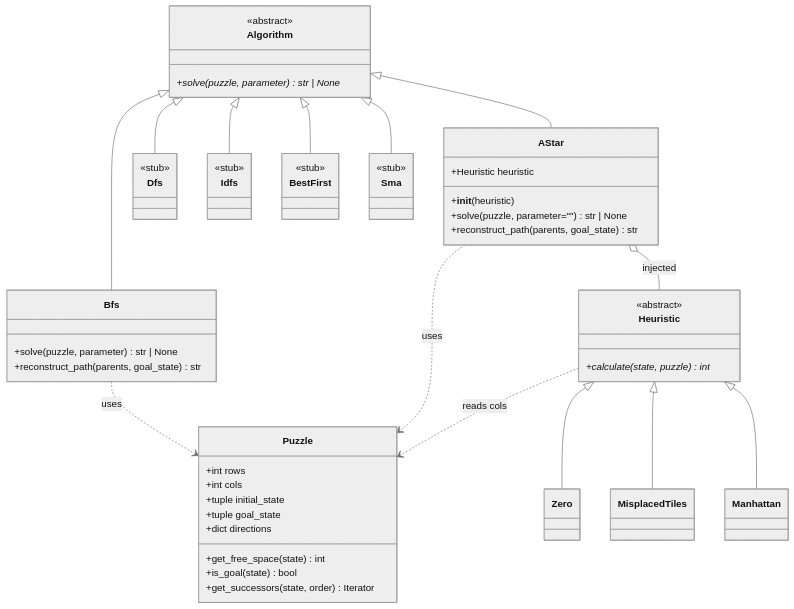
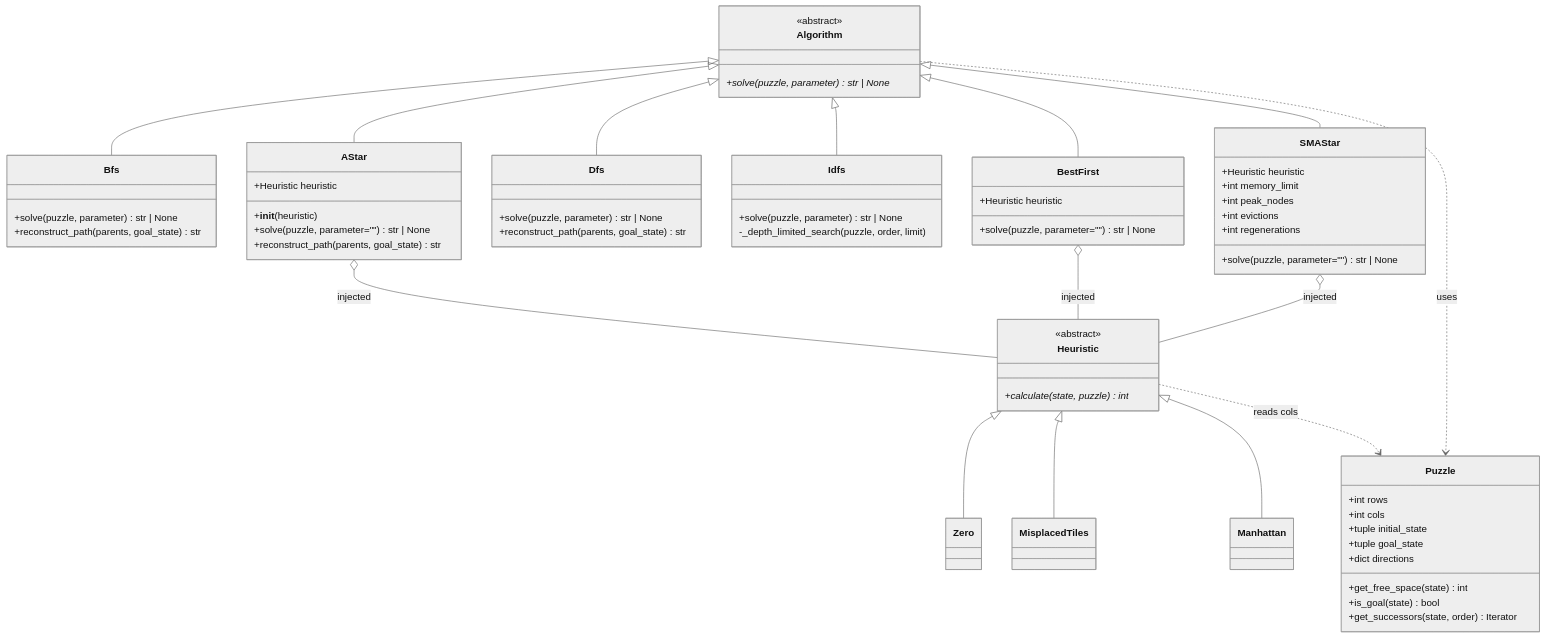
The second of 3 diagrams in docs/architecture.md (Krecikkko/4_1_TUL_ArtificialIntelligence-ExpertSystems), drawn with Mermaid (neutral theme) before and after one commit. The commit also changed other lines of this file and 69 other files, not shown here.

````diff
--- a/docs/architecture.md
+++ b/docs/architecture.md
@@ -105,59 +124,79 @@
 ```mermaid
 classDiagram
     class Puzzle {
         +int rows
         +int cols
         +tuple initial_state
         +tuple goal_state
         +dict directions
         +get_free_space(state) int
         +is_goal(state) bool
         +get_successors(state, order) Iterator
     }
 
     class Algorithm {
         <<abstract>>
         +solve(puzzle, parameter)* str | None
     }
 
     class Bfs {
         +solve(puzzle, parameter) str | None
         +reconstruct_path(parents, goal_state) str
     }
 
+    class Dfs {
+        +solve(puzzle, parameter) str | None
+        +reconstruct_path(parents, goal_state) str
+    }
+
+    class Idfs {
+        +solve(puzzle, parameter) str | None
+        -_depth_limited_search(puzzle, order, limit)
+    }
+
+    class BestFirst {
+        +Heuristic heuristic
+        +solve(puzzle, parameter="") str | None
+    }
+
     class AStar {
         +Heuristic heuristic
         +__init__(heuristic)
         +solve(puzzle, parameter="") str | None
         +reconstruct_path(parents, goal_state) str
     }
 
-    class Dfs { <<stub>> }
-    class Idfs { <<stub>> }
-    class BestFirst { <<stub>> }
-    class Sma { <<stub>> }
+    class SMAStar {
+        +Heuristic heuristic
+        +int memory_limit
+        +int peak_nodes
+        +int evictions
+        +int regenerations
+        +solve(puzzle, parameter="") str | None
+    }
 
     class Heuristic {
         <<abstract>>
         +calculate(state, puzzle)* int
     }
     class Zero
     class MisplacedTiles
     class Manhattan
 
     Algorithm <|-- Bfs
     Algorithm <|-- AStar
     Algorithm <|-- Dfs
     Algorithm <|-- Idfs
     Algorithm <|-- BestFirst
-    Algorithm <|-- Sma
+    Algorithm <|-- SMAStar
 
     Heuristic <|-- Zero
     Heuristic <|-- MisplacedTiles
     Heuristic <|-- Manhattan
 
+    BestFirst o-- Heuristic : injected
     AStar o-- Heuristic : injected
-    Bfs ..> Puzzle : uses
-    AStar ..> Puzzle : uses
+    SMAStar o-- Heuristic : injected
+    Algorithm ..> Puzzle : uses
     Heuristic ..> Puzzle : reads cols
 ```
````
